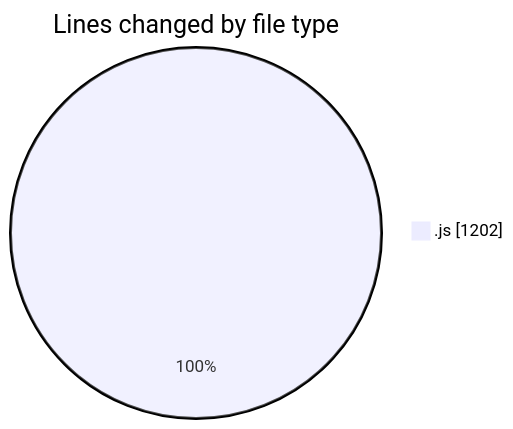
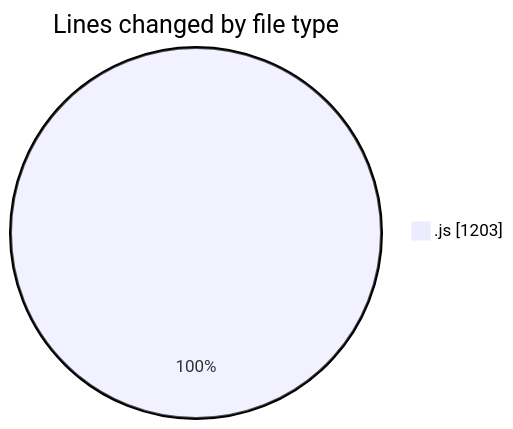
One commit to nxtqubesakshisongat/code-tracking changed the first of 2 diagrams in 2025-09-08/cashcalculator/README.md. Above: the diagram before and after it, drawn with Mermaid. The commit also changed other lines of this file and 1 other file, not shown here.

````diff
--- a/2025-09-08/cashcalculator/README.md
+++ b/2025-09-08/cashcalculator/README.md
@@ -20,5 +20,5 @@
 ```mermaid
 pie showData
 title Lines changed by file type
-".js" : 1202
+".js" : 1203
 ```
````
